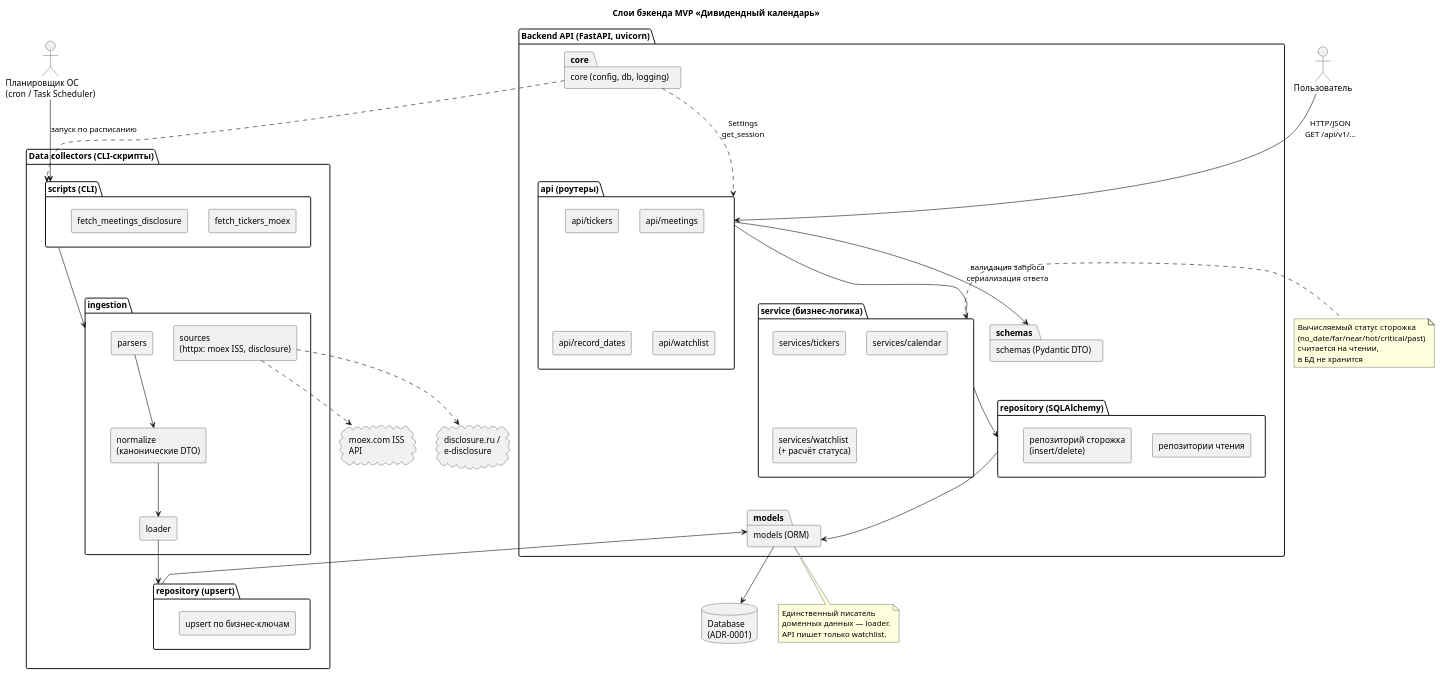
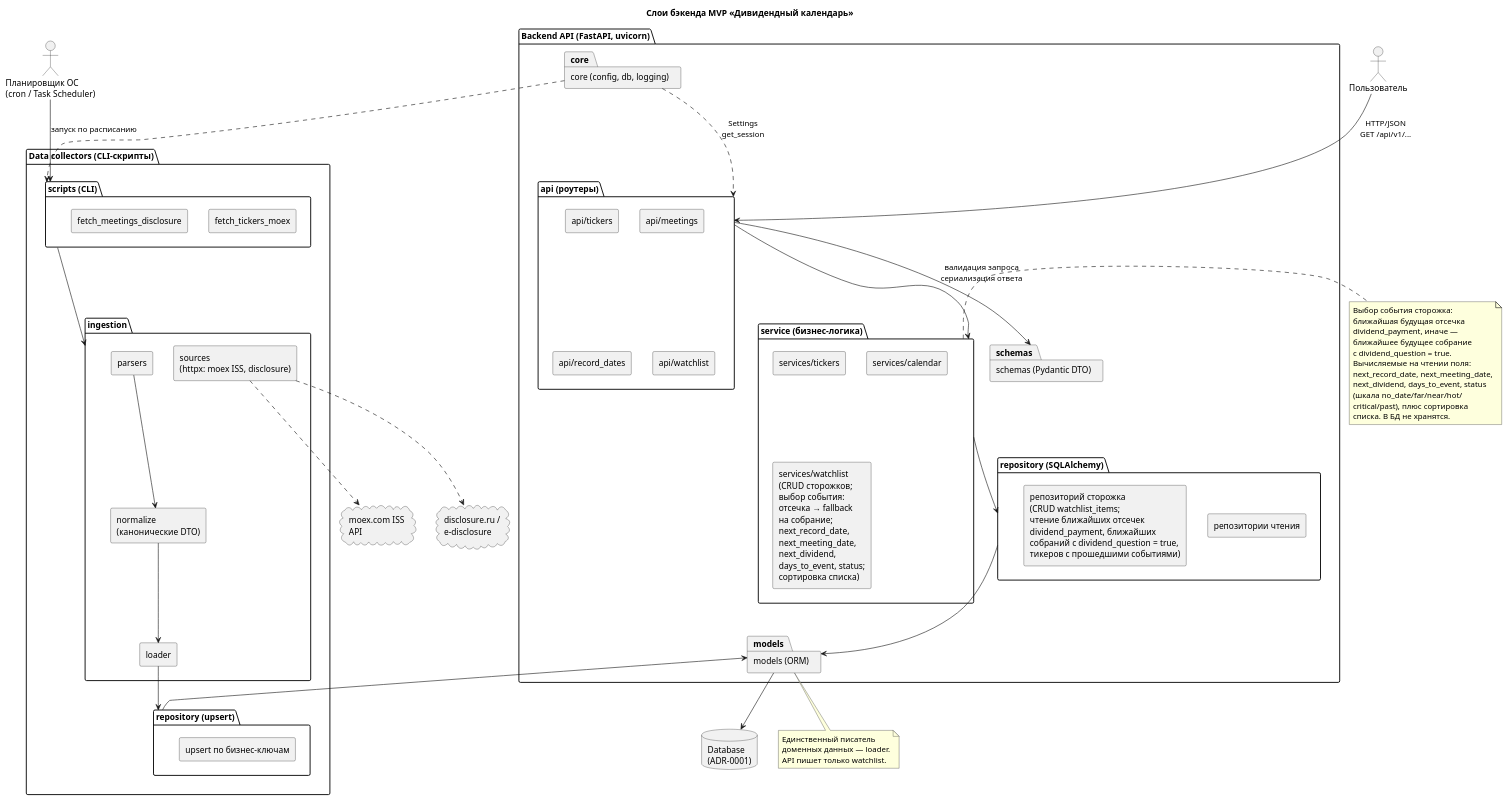
One commit to goblinus/SergejTristan changed the diagram in design/backend/2026-10-19_backend-layers_backend.puml. Above: the diagram before and after it, drawn with PlantUML. The commit also changed 53 other files, not shown here.

```diff
--- a/design/backend/2026-10-19_backend-layers_backend.puml
+++ b/design/backend/2026-10-19_backend-layers_backend.puml
@@ -1,83 +1,90 @@
 @startuml
 title Слои бэкенда MVP «Дивидендный календарь»
 
 skinparam componentStyle rectangle
 skinparam rectangle {
   BackgroundColor #FAFAFA
   BorderColor #555
 }
 
 package "Backend API (FastAPI, uvicorn)" {
   package "api (роутеры)" as api {
     [api/tickers]
     [api/meetings]
     [api/record_dates]
     [api/watchlist]
   }
   package "service (бизнес-логика)" as svc {
     [services/tickers]
     [services/calendar]
-    [services/watchlist\n(+ расчёт статуса)]
+    [services/watchlist\n(CRUD сторожков;\nвыбор события:\nотсечка → fallback\nна собрание;\nnext_record_date,\nnext_meeting_date,\nnext_dividend,\ndays_to_event, status;\nсортировка списка)]
   }
   package "repository (SQLAlchemy)" as repo_r {
     [репозитории чтения]
-    [репозиторий сторожка\n(insert/delete)]
+    [репозиторий сторожка\n(CRUD watchlist_items;\nчтение ближайших отсечек\ndividend_payment, ближайших\nсобраний с dividend_question = true,\nтикеров с прошедшими событиями)]
   }
   package "models (ORM)" as models
   package "schemas (Pydantic DTO)" as schemas
   package "core (config, db, logging)" as core
 }
 
 package "Data collectors (CLI-скрипты)" {
   package "scripts (CLI)" as cli {
     [fetch_tickers_moex]
     [fetch_meetings_disclosure]
   }
   package "ingestion" as ing {
     [sources\n(httpx: moex ISS, disclosure)]
     [parsers]
     [normalize\n(канонические DTO)]
     [loader]
   }
   package "repository (upsert)" as repo_w {
     [upsert по бизнес-ключам]
   }
 }
 
 database "Database\n(ADR-0001)" as db
 actor "Пользователь" as user
 actor "Планировщик ОС\n(cron / Task Scheduler)" as cron
 cloud "moex.com ISS\nAPI" as moex
 cloud "disclosure.ru /\ne-disclosure" as disc
 
 user --> api : HTTP/JSON\nGET /api/v1/...
 api --> schemas : валидация запроса\nсериализация ответа
 api --> svc
 svc --> repo_r
 repo_r --> models
 models --> db
 core ..> api : Settings\nget_session
 core ..> cli
 
 cron --> cli : запуск по расписанию
 cli --> ing
 [sources\n(httpx: moex ISS, disclosure)] ..> moex
 [sources\n(httpx: moex ISS, disclosure)] ..> disc
 [parsers] --> [normalize\n(канонические DTO)]
 [normalize\n(канонические DTO)] --> [loader]
 [loader] --> repo_w
 repo_w --> models
 
 note right of svc
-Вычисляемый статус сторожка
-(no_date/far/near/hot/critical/past)
-считается на чтении,
-в БД не хранится
+Выбор события сторожка:
+ближайшая будущая отсечка
+dividend_payment, иначе —
+ближайшее будущее собрание
+с dividend_question = true.
+Вычисляемые на чтении поля:
+next_record_date, next_meeting_date,
+next_dividend, days_to_event, status
+(шкала no_date/far/near/hot/
+critical/past), плюс сортировка
+списка. В БД не хранятся.
 end note
 
 note bottom of models
 Единственный писатель
 доменных данных — loader.
 API пишет только watchlist.
 end note
 @enduml
```
